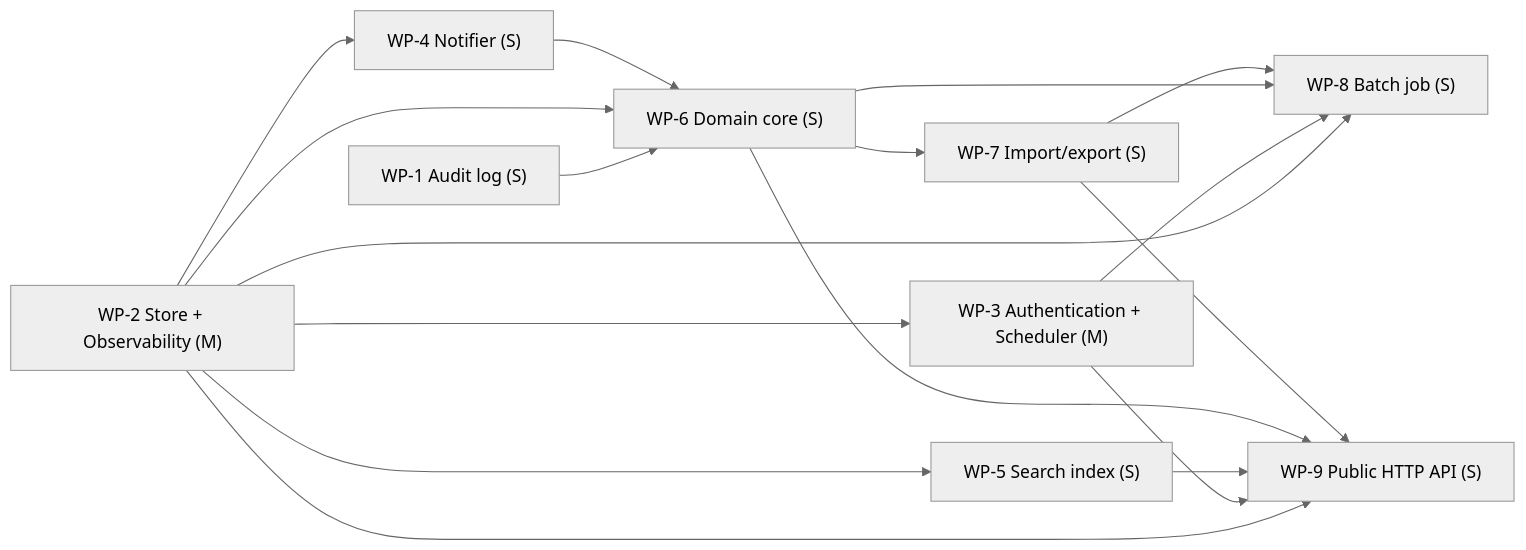
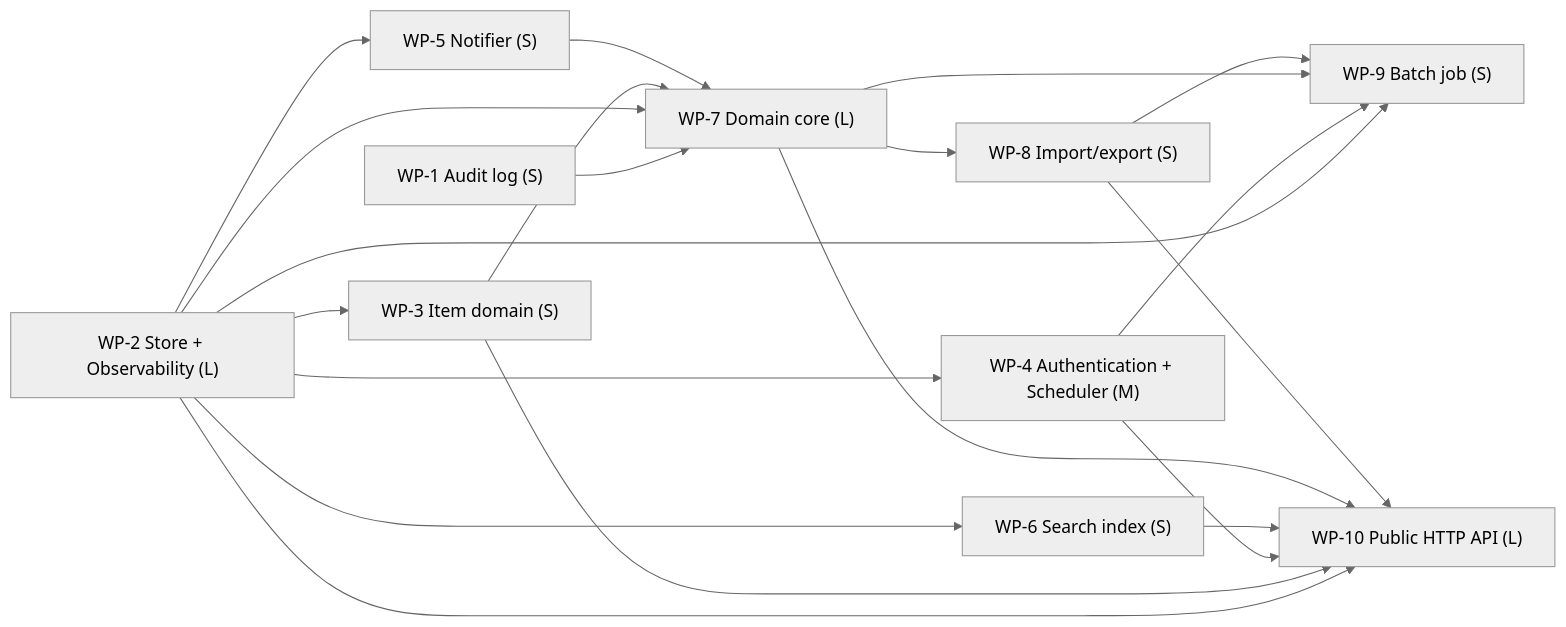
The fourth of 4 diagrams in examples/ja/zaiko.DESIGN.md (yui9696/sekkei), drawn with Mermaid (neutral theme) before and after one commit. The commit also changed other lines of this file and 39 other files, not shown here.

````diff
--- a/examples/ja/zaiko.DESIGN.md
+++ b/examples/ja/zaiko.DESIGN.md
@@ -776,28 +789,32 @@
 ```mermaid
 graph LR
   WP_1["WP-1 Audit log (S)"]
-  WP_2["WP-2 Store + Observability (M)"]
-  WP_3["WP-3 Authentication + Scheduler (M)"]
-  WP_4["WP-4 Notifier (S)"]
-  WP_5["WP-5 Search index (S)"]
-  WP_6["WP-6 Domain core (S)"]
-  WP_7["WP-7 Import/export (S)"]
-  WP_8["WP-8 Batch job (S)"]
-  WP_9["WP-9 Public HTTP API (S)"]
+  WP_2["WP-2 Store + Observability (L)"]
+  WP_3["WP-3 Item domain (S)"]
+  WP_4["WP-4 Authentication + Scheduler (M)"]
+  WP_5["WP-5 Notifier (S)"]
+  WP_6["WP-6 Search index (S)"]
+  WP_7["WP-7 Domain core (L)"]
+  WP_8["WP-8 Import/export (S)"]
+  WP_9["WP-9 Batch job (S)"]
+  WP_10["WP-10 Public HTTP API (L)"]
   WP_2 --> WP_3
   WP_2 --> WP_4
   WP_2 --> WP_5
-  WP_1 --> WP_6
   WP_2 --> WP_6
-  WP_4 --> WP_6
-  WP_6 --> WP_7
-  WP_2 --> WP_8
-  WP_3 --> WP_8
-  WP_6 --> WP_8
+  WP_1 --> WP_7
+  WP_2 --> WP_7
+  WP_3 --> WP_7
+  WP_5 --> WP_7
   WP_7 --> WP_8
   WP_2 --> WP_9
-  WP_3 --> WP_9
-  WP_5 --> WP_9
-  WP_6 --> WP_9
+  WP_4 --> WP_9
   WP_7 --> WP_9
+  WP_8 --> WP_9
+  WP_2 --> WP_10
+  WP_3 --> WP_10
+  WP_4 --> WP_10
+  WP_6 --> WP_10
+  WP_7 --> WP_10
+  WP_8 --> WP_10
 ```
````
